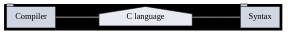
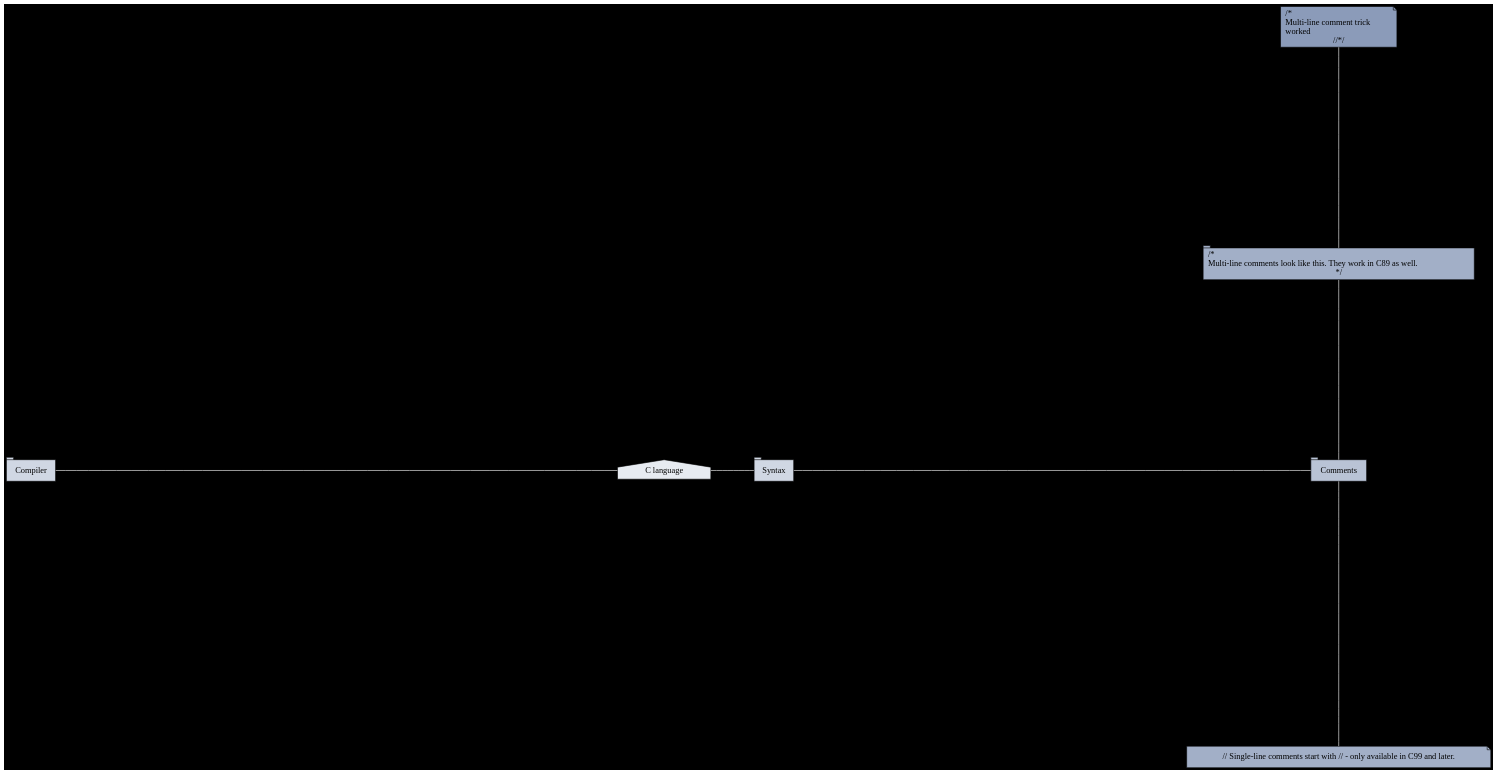
Before and after one commit to quan-na/quan-na.github.io: the diagram in c.dot, drawn with Graphviz.

Commit message:
c comments

```diff
--- a/c.dot
+++ b/c.dot
@@ -1,12 +1,27 @@
 graph {
   graph [layout=circo, bgcolor=black]
   node [shape=tab, style=filled]
   edge [color=white]
   home [shape=house, fillcolor="#e7ebf1",
-       label="C language"]
+        label="C language"]
+
   syntax [fillcolor="#d0d7e3",
-         label="Syntax"]
+          label="Syntax"]
   compiler [fillcolor="#d0d7e3",
-           label="Compiler"]
+            label="Compiler"]
   home -- {syntax, compiler}
+
+  comments [fillcolor="#b9c3d5",
+            label="Comments"]
+  syntax -- comments
+
+  singlelinecomments [shape=note, fillcolor="#a2afc7",
+                      label="// Single-line comments start with // - only available in C99 and later."]
+  multilinecomments [fillcolor="#a2afc7",
+                     label="/*\lMulti-line comments look like this. They work in C89 as well.\l*/"]
+  comments -- {singlelinecomments, multilinecomments}
+
+  trickcomments [shape=note, fillcolor="#8b9bb9",
+                 label="/*\lMulti-line comment trick\lworked\l//*/"]
+  multilinecomments -- trickcomments
 }
```
